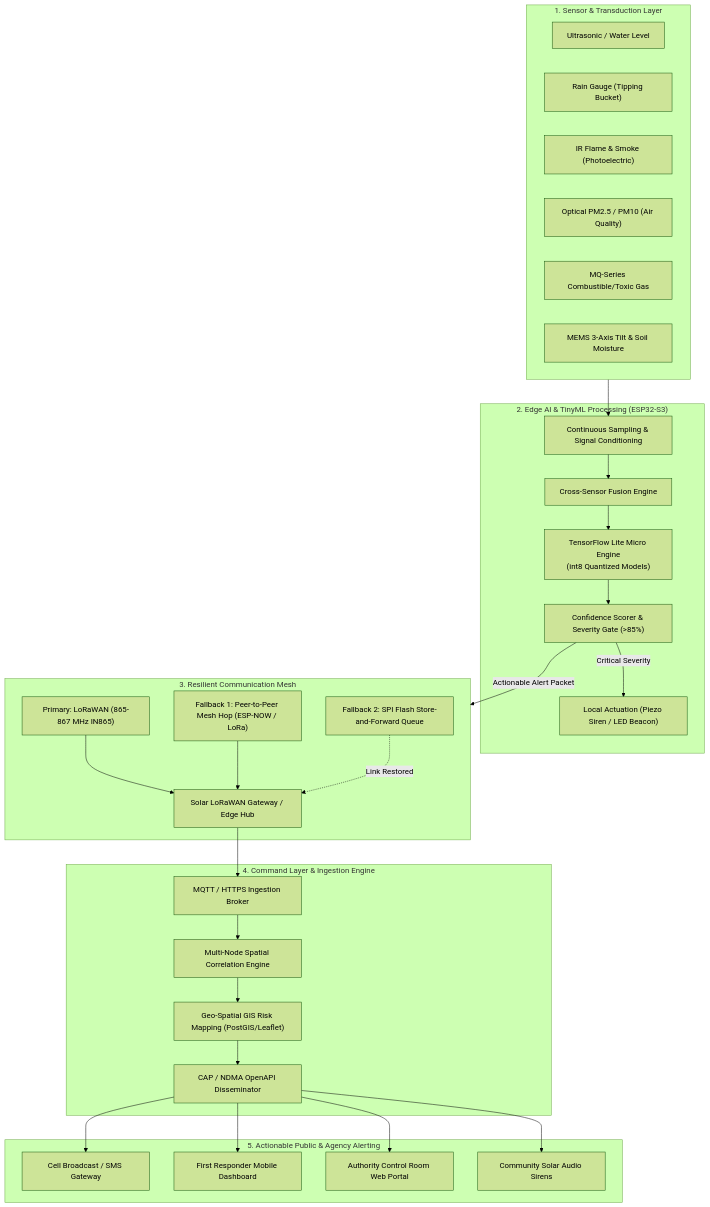
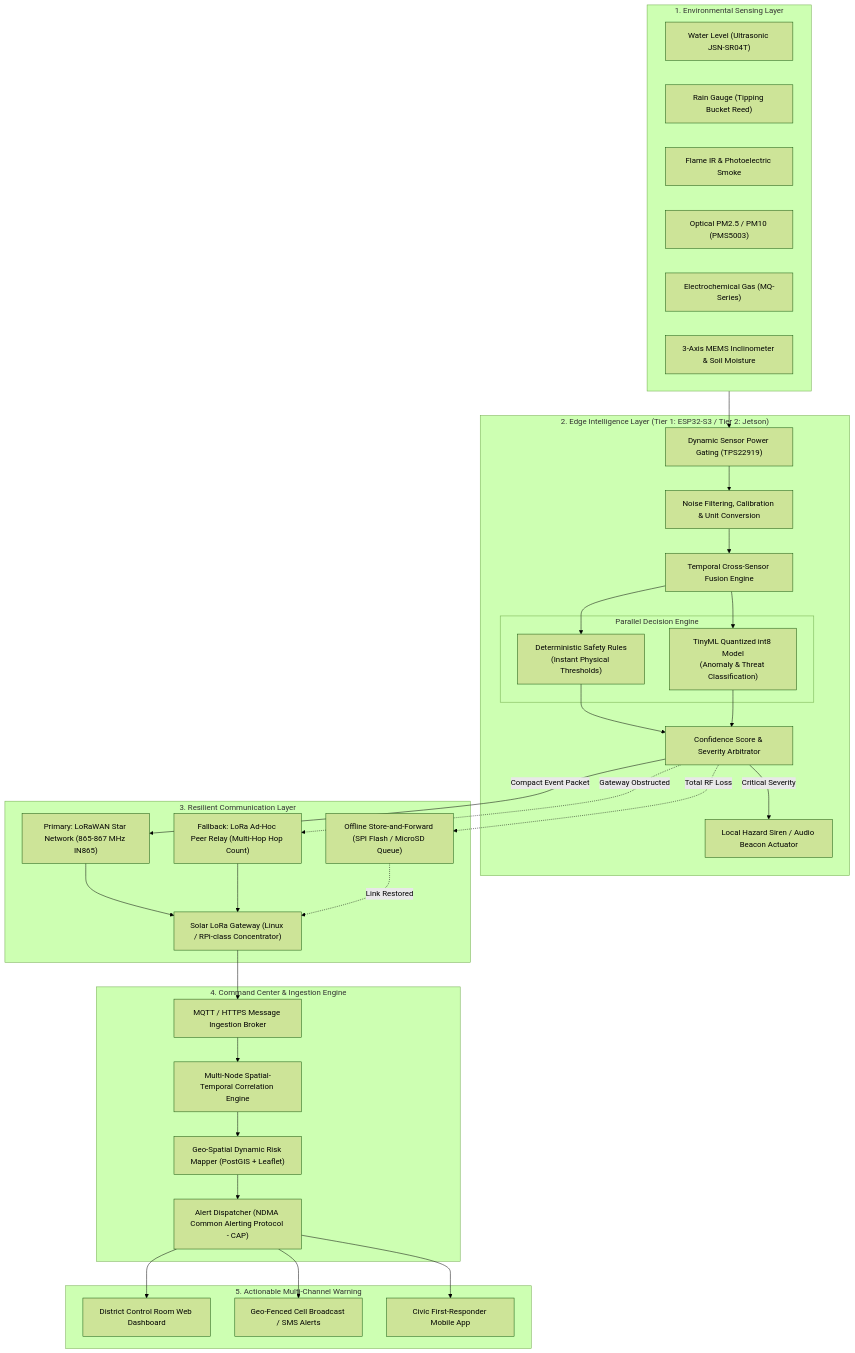
One commit to AnkitPandit120/SIH_Swarnim changed the first of 2 diagrams in README.md. Above: the diagram before and after it, drawn with Mermaid (forest theme). The commit also changed other lines of this file, not shown here.

````diff
--- a/README.md
+++ b/README.md
@@ -70,52 +77,60 @@
 ```mermaid
 graph TD
-    subgraph SENSE["1. Sensor & Transduction Layer"]
-        S1["Ultrasonic / Water Level"]
-        S2["Rain Gauge (Tipping Bucket)"]
-        S3["IR Flame & Smoke (Photoelectric)"]
-        S4["Optical PM2.5 / PM10 (Air Quality)"]
-        S5["MQ-Series Combustible/Toxic Gas"]
-        S6["MEMS 3-Axis Tilt & Soil Moisture"]
+    subgraph SENSE["1. Environmental Sensing Layer"]
+        S1["Water Level (Ultrasonic JSN-SR04T)"]
+        S2["Rain Gauge (Tipping Bucket Reed)"]
+        S3["Flame IR & Photoelectric Smoke"]
+        S4["Optical PM2.5 / PM10 (PMS5003)"]
+        S5["Electrochemical Gas (MQ-Series)"]
+        S6["3-Axis MEMS Inclinometer & Soil Moisture"]
     end
 
-    subgraph EDGE["2. Edge AI & TinyML Processing (ESP32-S3)"]
-        ADC["Continuous Sampling & Signal Conditioning"]
-        FUS["Cross-Sensor Fusion Engine"]
-        TFL["TensorFlow Lite Micro Engine\n(int8 Quantized Models)"]
-        CONF["Confidence Scorer & Severity Gate (>85%)"]
-        ACT["Local Actuation (Piezo Siren / LED Beacon)"]
+    subgraph EDGE["2. Edge Intelligence Layer (Tier 1: ESP32-S3 / Tier 2: Jetson)"]
+        PWR["Dynamic Sensor Power Gating (TPS22919)"]
+        PRE["Noise Filtering, Calibration & Unit Conversion"]
+        FUS["Temporal Cross-Sensor Fusion Engine"]
+        subgraph DECISION["Parallel Decision Engine"]
+            RULE["Deterministic Safety Rules\n(Instant Physical Thresholds)"]
+            TFL["TinyML Quantized int8 Model\n(Anomaly & Threat Classification)"]
+        end
+        CONF["Confidence Score & Severity Arbitrator"]
+        ACT["Local Hazard Siren / Audio Beacon Actuator"]
     end
 
-    subgraph COMM["3. Resilient Communication Mesh"]
-        LORA["Primary: LoRaWAN (865-867 MHz IN865)"]
-        MESH["Fallback 1: Peer-to-Peer Mesh Hop (ESP-NOW / LoRa)"]
-        FLASH["Fallback 2: SPI Flash Store-and-Forward Queue"]
-        GATE["Solar LoRaWAN Gateway / Edge Hub"]
+    subgraph COMM["3. Resilient Communication Layer"]
+        LORA["Primary: LoRaWAN Star Network (865-867 MHz IN865)"]
+        PEER["Fallback: LoRa Ad-Hoc Peer Relay (Multi-Hop Hop Count)"]
+        FLASH["Offline Store-and-Forward (SPI Flash / MicroSD Queue)"]
+        GATE["Solar LoRa Gateway (Linux / RPi-class Concentrator)"]
     end
 
-    subgraph CLOUD["4. Command Layer & Ingestion Engine"]
-        BROKER["MQTT / HTTPS Ingestion Broker"]
-        CORR["Multi-Node Spatial Correlation Engine"]
-        GIS["Geo-Spatial GIS Risk Mapping (PostGIS/Leaflet)"]
-        API["CAP / NDMA OpenAPI Disseminator"]
+    subgraph CLOUD["4. Command Center & Ingestion Engine"]
+        INGEST["MQTT / HTTPS Message Ingestion Broker"]
+        CORR["Multi-Node Spatial-Temporal Correlation Engine"]
+        GIS["Geo-Spatial Dynamic Risk Mapper (PostGIS + Leaflet)"]
+        DISPATCH["Alert Dispatcher (NDMA Common Alerting Protocol - CAP)"]
     end
 
-    subgraph DISPATCH["5. Actionable Public & Agency Alerting"]
-        SMS["Cell Broadcast / SMS Gateway"]
-        APP["First Responder Mobile Dashboard"]
-        PORTAL["Authority Control Room Web Portal"]
-        SIREN["Community Solar Audio Sirens"]
+    subgraph OUTPUT["5. Actionable Multi-Channel Warning"]
+        DASH["District Control Room Web Dashboard"]
+        SMS["Geo-Fenced Cell Broadcast / SMS Alerts"]
+        MOBILE["Civic First-Responder Mobile App"]
     end
 
-    SENSE --> ADC --> FUS --> TFL --> CONF
+    SENSE --> PWR --> PRE --> FUS
+    FUS --> RULE
+    FUS --> TFL
+    RULE --> CONF
+    TFL --> CONF
     CONF -->|Critical Severity| ACT
-    CONF -->|Actionable Alert Packet| COMM
+    CONF -->|Compact Event Packet| LORA
+    CONF -.->|Gateway Obstructed| PEER
+    CONF -.->|Total RF Loss| FLASH
     LORA --> GATE
-    MESH --> GATE
+    PEER --> GATE
     FLASH -.->|Link Restored| GATE
-    GATE --> BROKER --> CORR --> GIS --> API
-    API --> SMS
-    API --> APP
-    API --> PORTAL
-    API --> SIREN
+    GATE --> INGEST --> CORR --> GIS --> DISPATCH
+    DISPATCH --> DASH
+    DISPATCH --> SMS
+    DISPATCH --> MOBILE
 ```
````
